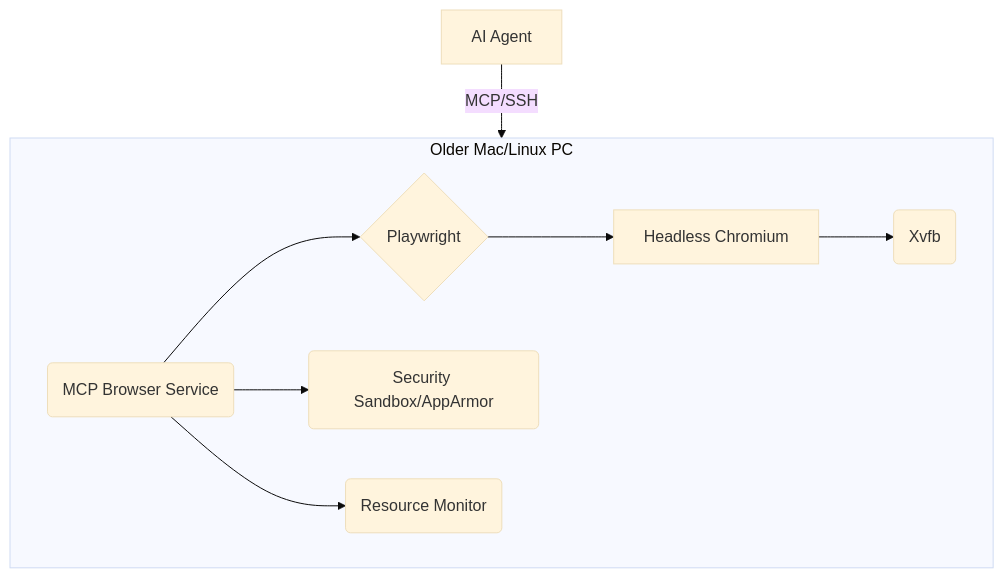
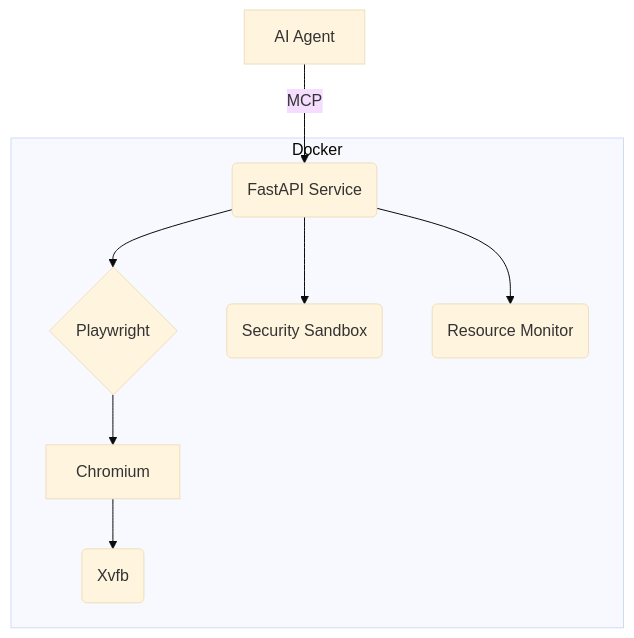
One commit to neoforge-dev/mcp-browser changed the diagram in memory-bank/project-brief.md. Above: the diagram before and after it, drawn with Mermaid (base theme). The commit also changed other lines of this file and 12 other files, not shown here.

First line of the commit message:
Enhance Docker configuration and testing framework for MCP Browser

````diff
--- a/memory-bank/project-brief.md
+++ b/memory-bank/project-brief.md
@@ -18,12 +14,11 @@
 ```mermaid
 graph TD
-    A[AI Agent] -->|MCP/SSH| B(MCP Browser Service);
-    subgraph Docker Host [Older Mac/Linux PC]
-      direction LR
+    A[AI Agent] -->|MCP| B(FastAPI Service);
+    subgraph Docker
       B --> C{Playwright};
-      C --> D[Headless Chromium];
+      C --> D[Chromium];
       D --> E(Xvfb);
-      B --> F(Security Sandbox/AppArmor);
+      B --> F(Security Sandbox);
       B --> G(Resource Monitor);
     end
 ```
````
